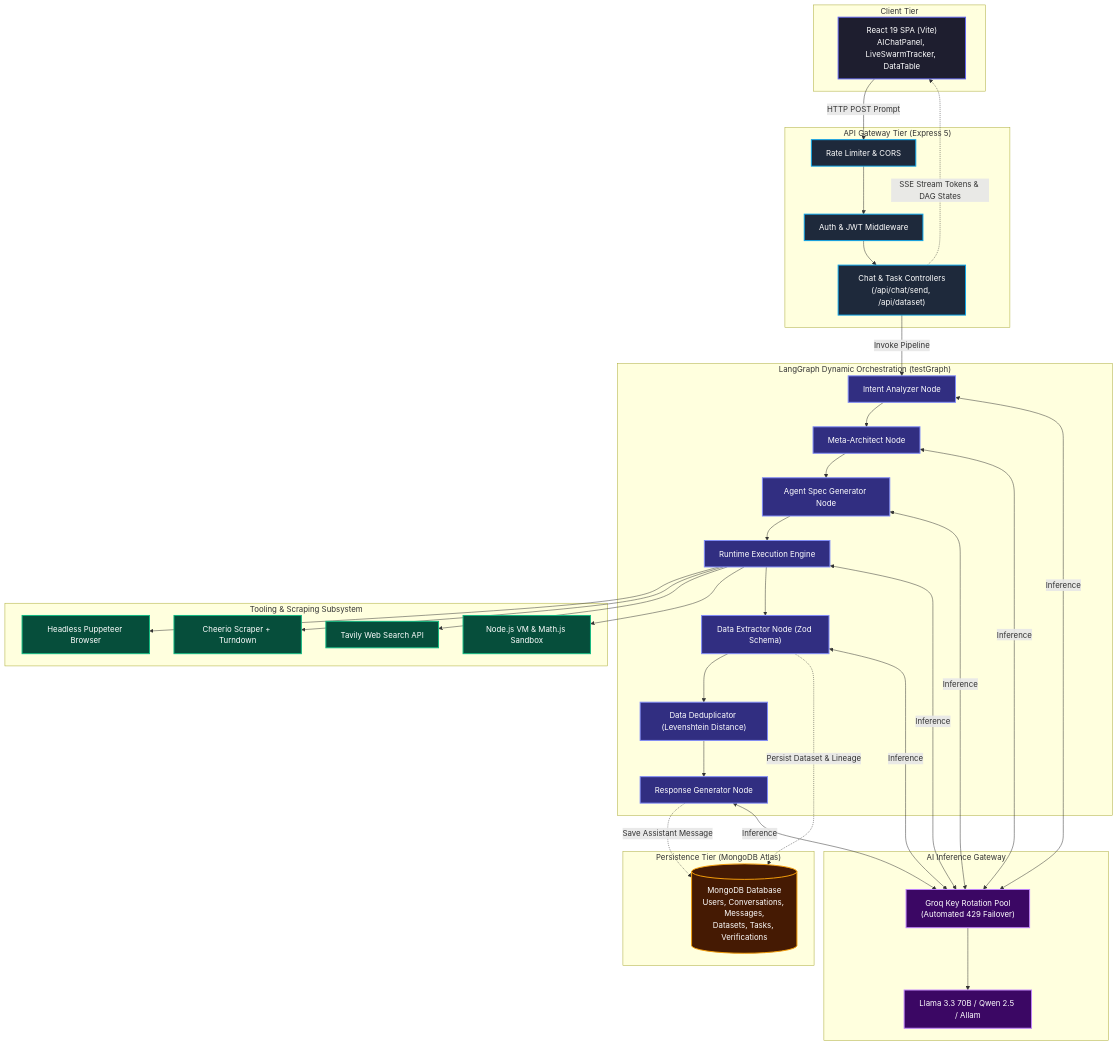
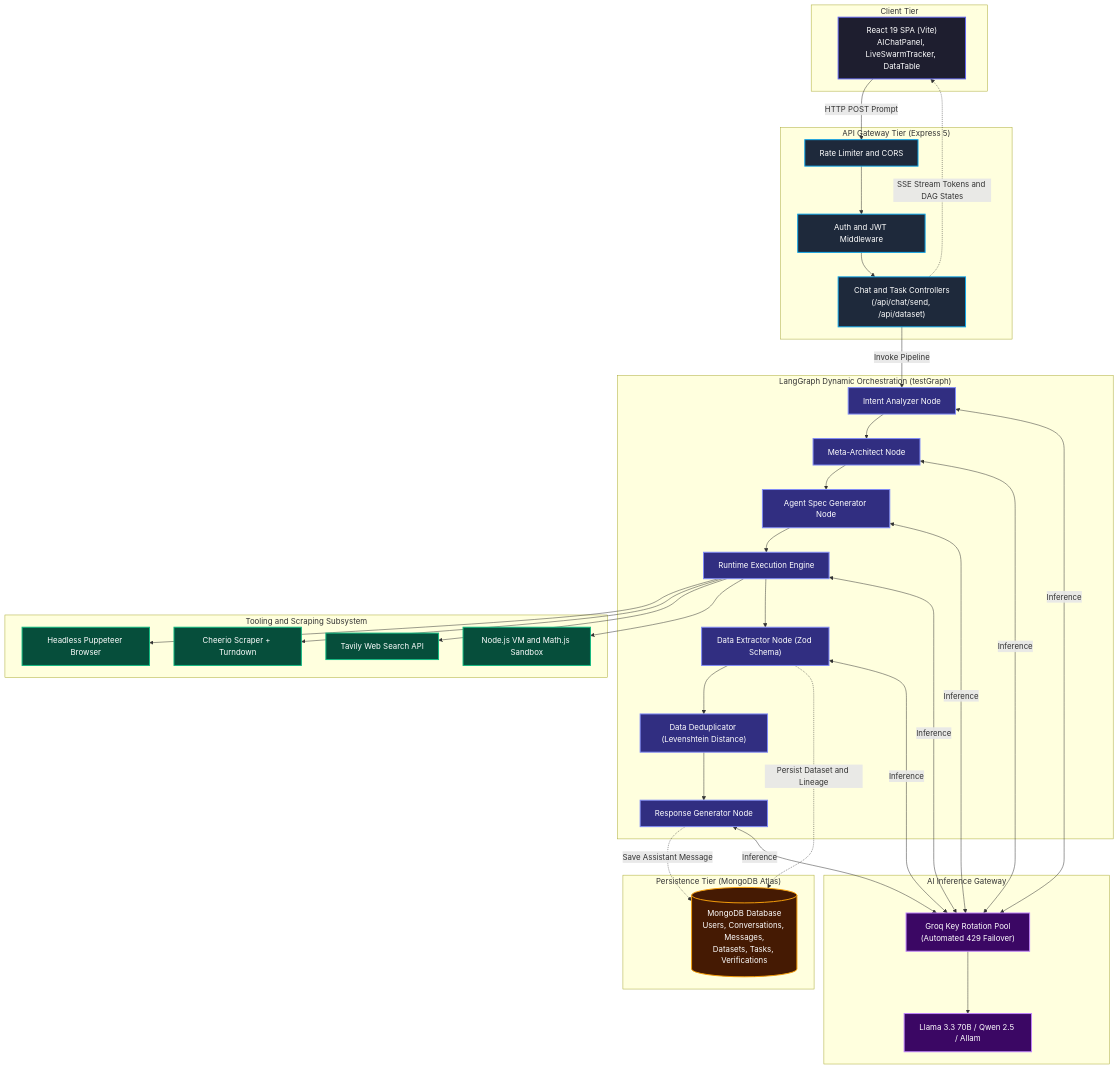
The first of 2 diagrams in Readme.md (code-with-abhi-i5/Agentic_system_backend), drawn with Mermaid before and after one commit. The commit also changed 2 other files, not shown here.

Commit message:
fix(docs): resolve Mermaid syntax parse errors for GitHub markdown rendering

````diff
--- a/Readme.md
+++ b/Readme.md
@@ -15,71 +15,71 @@
 ```mermaid
 graph TD
     %% Styling
     classDef client fill:#1e1e2f,stroke:#6366f1,stroke-width:2px,color:#ffffff;
     classDef gateway fill:#1e293b,stroke:#0ea5e9,stroke-width:2px,color:#ffffff;
     classDef orchestrator fill:#312e81,stroke:#818cf8,stroke-width:2px,color:#ffffff;
     classDef worker fill:#064e3b,stroke:#10b981,stroke-width:2px,color:#ffffff;
     classDef datalayer fill:#451a03,stroke:#f59e0b,stroke-width:2px,color:#ffffff;
     classDef external fill:#3b0764,stroke:#c084fc,stroke-width:2px,color:#ffffff;
 
     subgraph Presentation ["Client Tier"]
-        Client["React 19 SPA (Vite)\nAIChatPanel, LiveSwarmTracker, DataTable"]:::client
+        Client["React 19 SPA (Vite)<br/>AIChatPanel, LiveSwarmTracker, DataTable"]:::client
     end
 
     subgraph Gateway ["API Gateway Tier (Express 5)"]
-        RateLimit["Rate Limiter & CORS"]:::gateway
-        AuthMW["Auth & JWT Middleware"]:::gateway
-        ChatRouter["Chat & Task Controllers\n(/api/chat/send, /api/dataset)"]:::gateway
+        RateLimit["Rate Limiter and CORS"]:::gateway
+        AuthMW["Auth and JWT Middleware"]:::gateway
+        ChatRouter["Chat and Task Controllers<br/>(/api/chat/send, /api/dataset)"]:::gateway
     end
 
     subgraph LangGraph_Core ["LangGraph Dynamic Orchestration (testGraph)"]
         Intent["Intent Analyzer Node"]:::orchestrator
         Architect["Meta-Architect Node"]:::orchestrator
         SpecGen["Agent Spec Generator Node"]:::orchestrator
         Runtime["Runtime Execution Engine"]:::orchestrator
         Extractor["Data Extractor Node (Zod Schema)"]:::orchestrator
         Dedupe["Data Deduplicator (Levenshtein Distance)"]:::orchestrator
         ResponseGen["Response Generator Node"]:::orchestrator
     end
 
-    subgraph Tooling ["Tooling & Scraping Subsystem"]
+    subgraph Tooling ["Tooling and Scraping Subsystem"]
         Puppeteer["Headless Puppeteer Browser"]:::worker
         Cheerio["Cheerio Scraper + Turndown"]:::worker
         Tavily["Tavily Web Search API"]:::worker
-        VM["Node.js VM & Math.js Sandbox"]:::worker
+        VM["Node.js VM and Math.js Sandbox"]:::worker
     end
 
     subgraph Cloud_Inference ["AI Inference Gateway"]
-        GroqRotation["Groq Key Rotation Pool\n(Automated 429 Failover)"]:::external
+        GroqRotation["Groq Key Rotation Pool<br/>(Automated 429 Failover)"]:::external
         Models["Llama 3.3 70B / Qwen 2.5 / Allam"]:::external
     end
 
     subgraph Storage ["Persistence Tier (MongoDB Atlas)"]
-        MongoDB[("MongoDB Database\nUsers, Conversations, Messages,\nDatasets, Tasks, Verifications")]:::datalayer
+        MongoDB[("MongoDB Database<br/>Users, Conversations, Messages,<br/>Datasets, Tasks, Verifications")]:::datalayer
     end
 
-    Client -->|HTTP POST Prompt| RateLimit
+    Client -->|"HTTP POST Prompt"| RateLimit
     RateLimit --> AuthMW
     AuthMW --> ChatRouter
-    ChatRouter -.->|SSE Stream Tokens & DAG States| Client
-    ChatRouter -->|Invoke Pipeline| Intent
+    ChatRouter -.->|"SSE Stream Tokens and DAG States"| Client
+    ChatRouter -->|"Invoke Pipeline"| Intent
 
     Intent --> Architect
     Architect --> SpecGen
     SpecGen --> Runtime
 
     Runtime --> Puppeteer
     Runtime --> Cheerio
     Runtime --> Tavily
     Runtime --> VM
 
     Runtime --> Extractor
     Extractor --> Dedupe
     Dedupe --> ResponseGen
 
-    Extractor -.->|Persist Dataset & Lineage| MongoDB
-    ResponseGen -.->|Save Assistant Message| MongoDB
+    Extractor -.->|"Persist Dataset and Lineage"| MongoDB
+    ResponseGen -.->|"Save Assistant Message"| MongoDB
 
-    Intent & Architect & SpecGen & Runtime & Extractor & ResponseGen <-->|Inference| GroqRotation
+    Intent & Architect & SpecGen & Runtime & Extractor & ResponseGen <-->|"Inference"| GroqRotation
     GroqRotation --> Models
 ```
````
